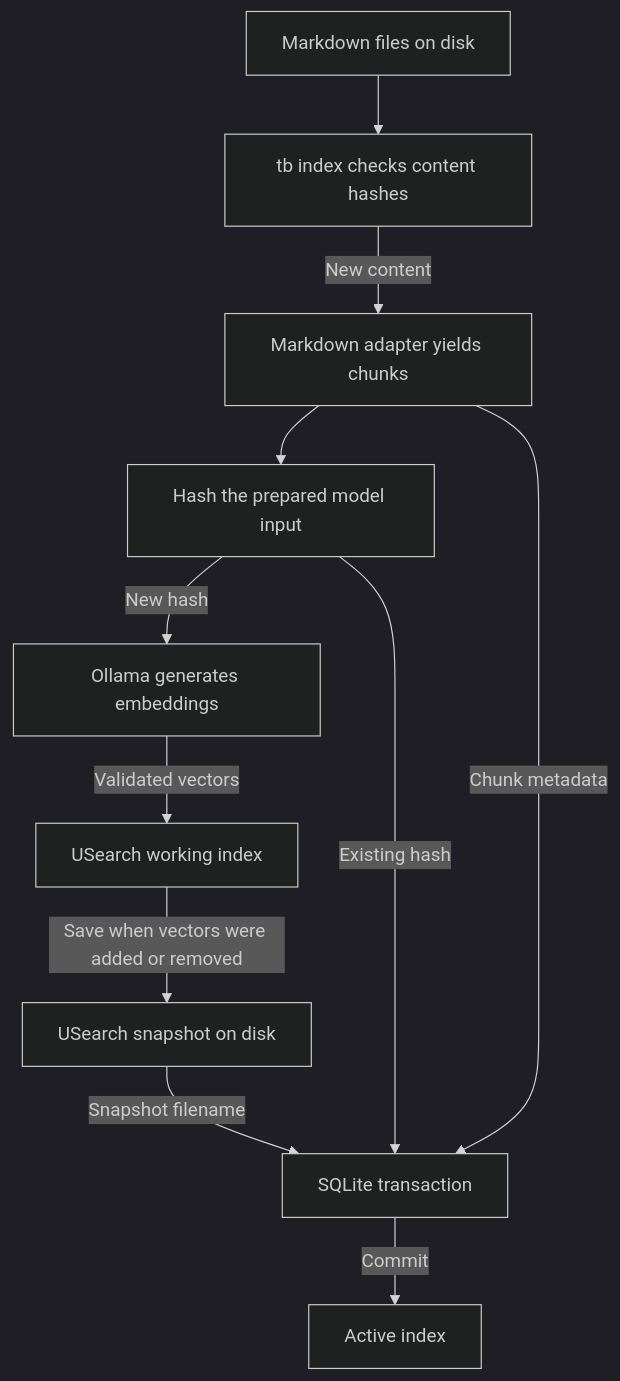
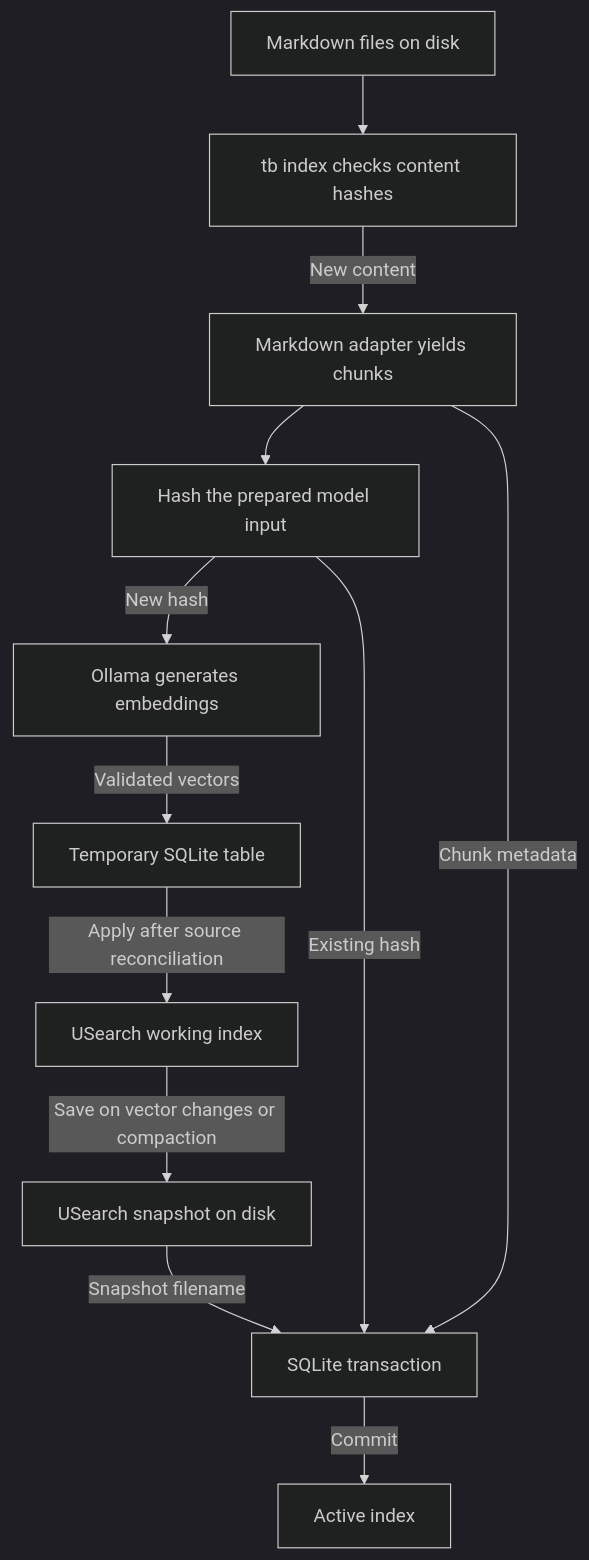
The diagram in README.md (cleg/Trombone), drawn with Mermaid (dark theme) before and after one commit. The commit also changed other lines of this file and 17 other files, not shown here.

````diff
--- a/README.md
+++ b/README.md
@@ -56,13 +57,14 @@
 ```mermaid
 flowchart TD
     files["Markdown files on disk"] --> walk["tb index checks content hashes"]
     walk -->|New content| chunk["Markdown adapter yields chunks"]
     chunk --> input["Hash the prepared model input"]
     input -->|New hash| ollama["Ollama generates embeddings"]
     input -->|Existing hash| rows
     chunk -->|Chunk metadata| rows["SQLite transaction"]
-    ollama -->|Validated vectors| working["USearch working index"]
-    working -->|Save when vectors were added or removed| snapshot["USearch snapshot on disk"]
+    ollama -->|Validated vectors| staged["Temporary SQLite table"]
+    staged -->|Apply after source reconciliation| working["USearch working index"]
+    working -->|Save on vector changes or compaction| snapshot["USearch snapshot on disk"]
     snapshot -->|Snapshot filename| rows
     rows -->|Commit| active["Active index"]
 ```
````
